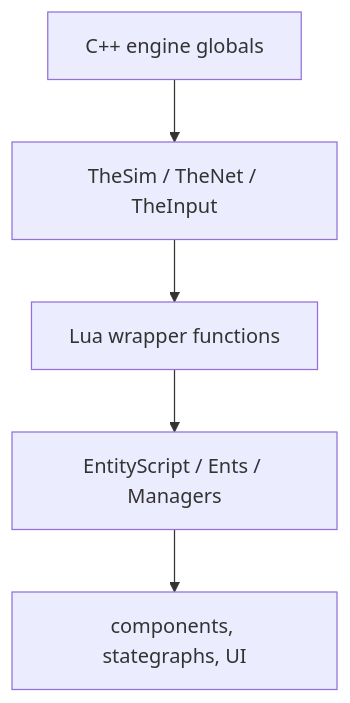
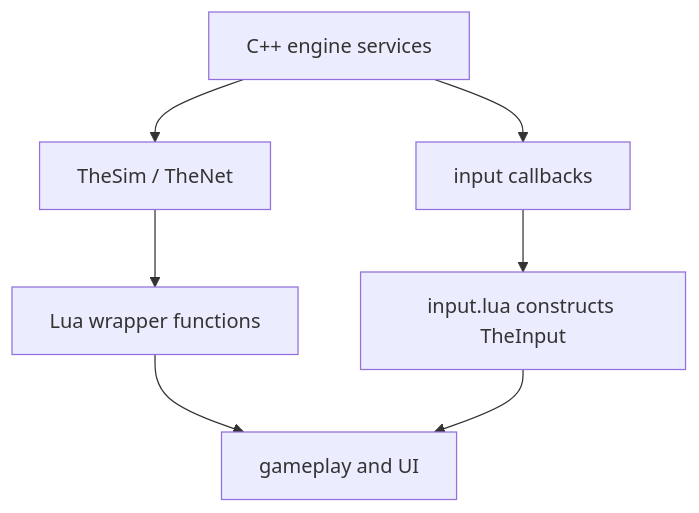
One commit to LetsStarveTogether/dst-server changed the diagram in dst-scripts/index/0x2000-runtime/0x2200-engine-services/0x2201-engine-globals.md. Above: the diagram before and after it, drawn with Mermaid. The commit also changed other lines of this file and 83 other files, not shown here.

```diff
--- a/dst-scripts/index/0x2000-runtime/0x2200-engine-services/0x2201-engine-globals.md
+++ b/dst-scripts/index/0x2000-runtime/0x2200-engine-services/0x2201-engine-globals.md
@@ -60,8 +58,10 @@
 ~~~mermaid
 flowchart TD
-    A["C++ engine globals"]
-    A --> B["TheSim / TheNet / TheInput"]
-    B --> C["Lua wrapper functions"]
-    C --> D["EntityScript / Ents / Managers"]
-    D --> E["components, stategraphs, UI"]
+    A["C++ engine services"]
+    A --> B["TheSim / TheNet"]
+    A --> C["input callbacks"]
+    B --> D["Lua wrapper functions"]
+    C --> E["input.lua constructs TheInput"]
+    D --> F["gameplay and UI"]
+    E --> F
 ~~~
```
